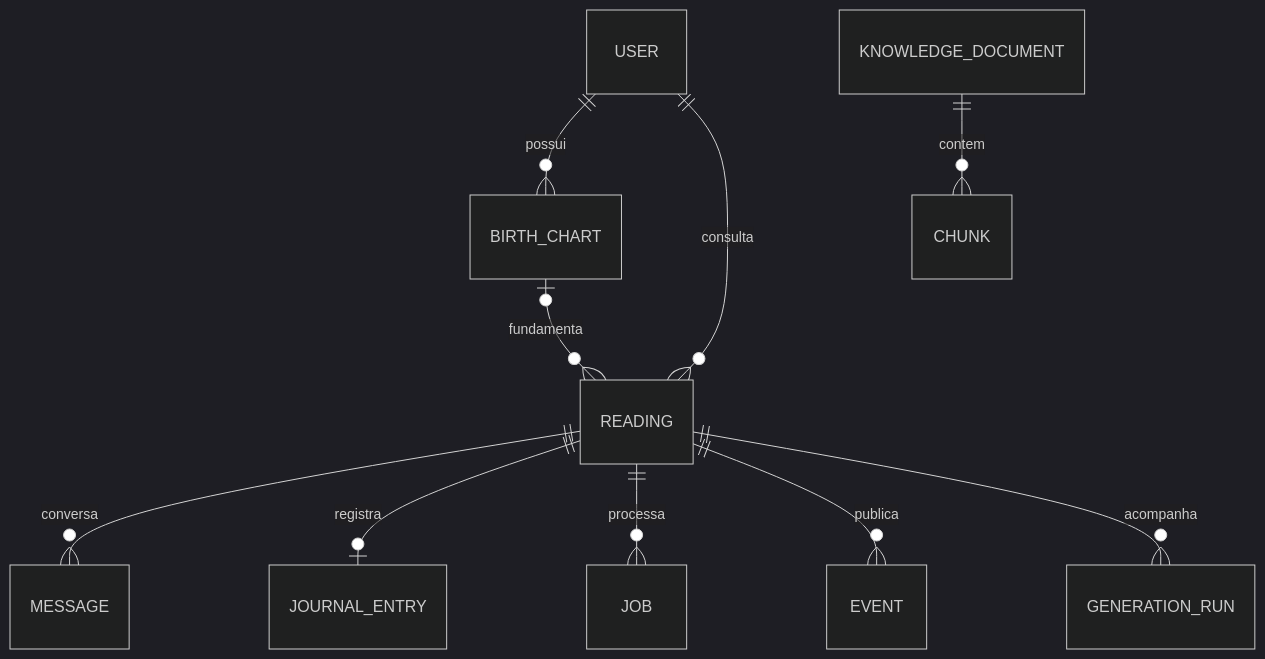
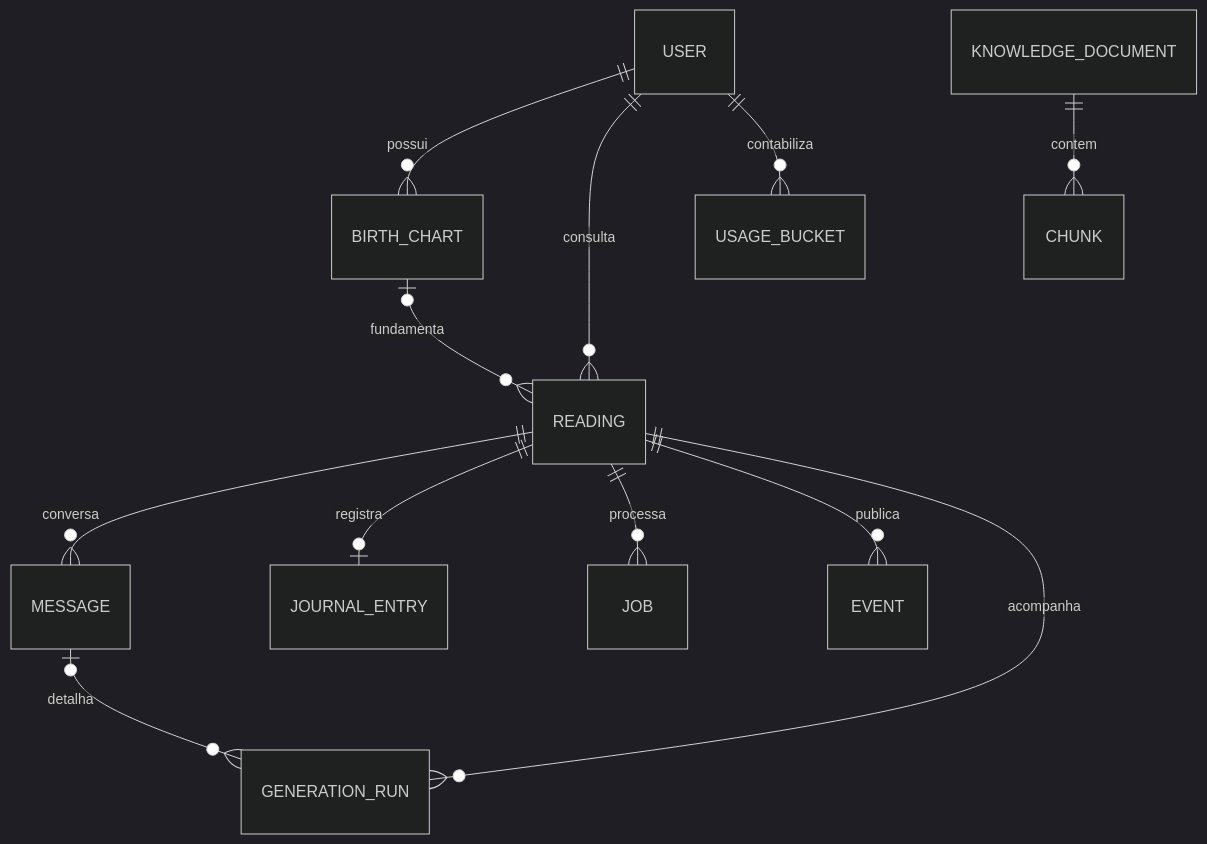
One commit to FATEC-BOYS/arcana-backend changed the diagram in docs/schema.md. Above: the diagram before and after it, drawn with Mermaid (dark theme). The commit also changed other lines of this file, not shown here.

Commit message:
docs: describe usage accounting and per-message generation records

````diff
--- a/docs/schema.md
+++ b/docs/schema.md
@@ -5,12 +5,14 @@
 ```mermaid
 erDiagram
     USER ||--o{ BIRTH_CHART : possui
     USER ||--o{ READING : consulta
+    USER ||--o{ USAGE_BUCKET : contabiliza
     BIRTH_CHART o|--o{ READING : fundamenta
     READING ||--o{ MESSAGE : conversa
     READING ||--o| JOURNAL_ENTRY : registra
     READING ||--o{ JOB : processa
     READING ||--o{ EVENT : publica
     READING ||--o{ GENERATION_RUN : acompanha
+    MESSAGE o|--o{ GENERATION_RUN : detalha
     KNOWLEDGE_DOCUMENT ||--o{ CHUNK : contem
 ```
````
